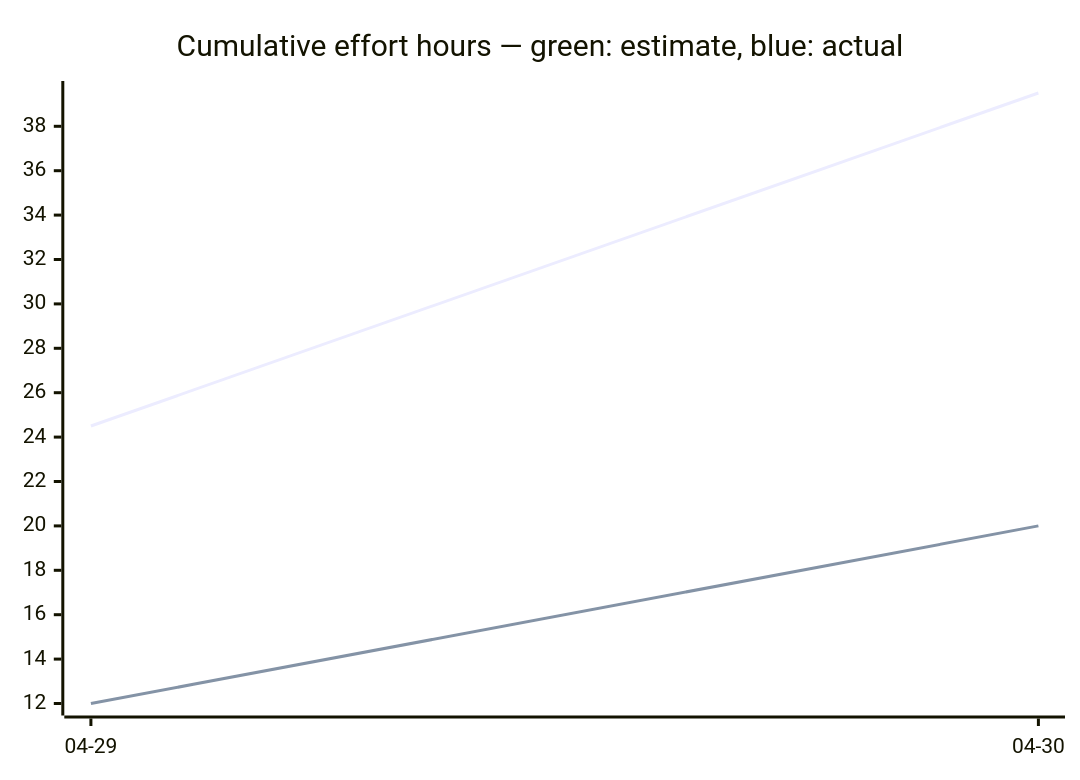
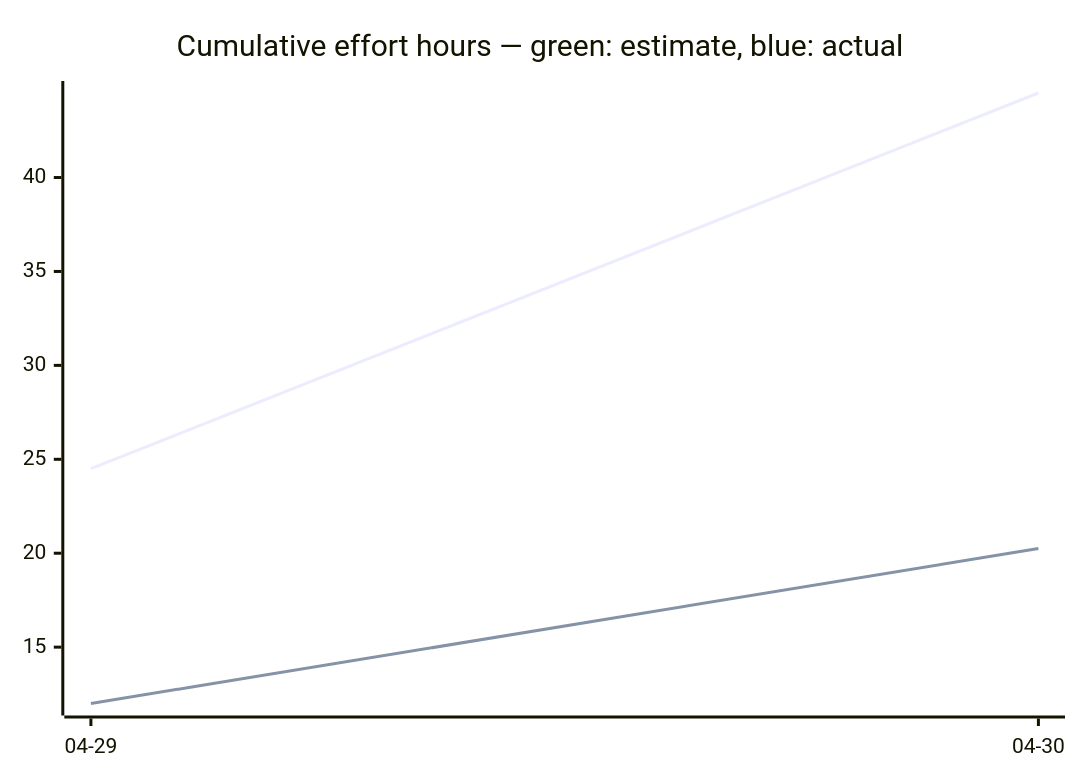
One commit to tgd1975/AwesomeStudioPedal changed the third of 3 diagrams in docs/developers/tasks/OVERVIEW.md. Above: the diagram before and after it, drawn with Mermaid. The commit also changed other lines of this file and 5 other files, not shown here.

Commit message:
close TASK-321: Fix CI failures (Mermaid lint, clang-tidy) and prevent dirty pushes

````diff
--- a/docs/developers/tasks/OVERVIEW.md
+++ b/docs/developers/tasks/OVERVIEW.md
@@ -38,7 +38,7 @@
 ```mermaid
 xychart-beta
     title "Cumulative effort hours — green: estimate, blue: actual"
     x-axis ["04-29", "04-30"]
-    line [24.5, 39.5]
-    line [12, 20]
+    line [24.5, 44.5]
+    line [12, 20.25]
 ```
````
